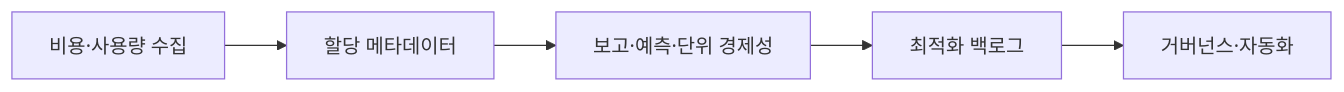
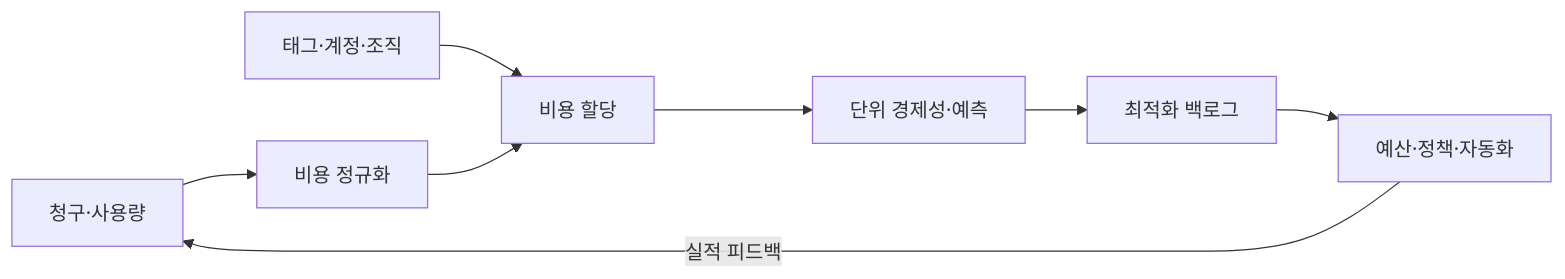
One commit to agnusdei1207/knowledge-base changed the first of 2 diagrams in src/content/docs/notes/03-software/147_finops.md. Above: the diagram before and after it, drawn with Mermaid. The commit also changed other lines of this file and 7 other files, not shown here.

````diff
--- a/src/content/docs/notes/03-software/147_finops.md
+++ b/src/content/docs/notes/03-software/147_finops.md
@@ -55,7 +53,10 @@
 ```mermaid
 flowchart LR
-    A[비용·사용량 수집] --> B[할당 메타데이터]
-    B --> C[보고·예측·단위 경제성]
-    C --> D[최적화 백로그]
-    D --> E[거버넌스·자동화]
+    B[청구·사용량] --> N[비용 정규화]
+    T[태그·계정·조직] --> A[비용 할당]
+    N --> A
+    A --> U[단위 경제성·예측]
+    U --> O[최적화 백로그]
+    O --> G[예산·정책·자동화]
+    G -->|실적 피드백| B
 ```
````
